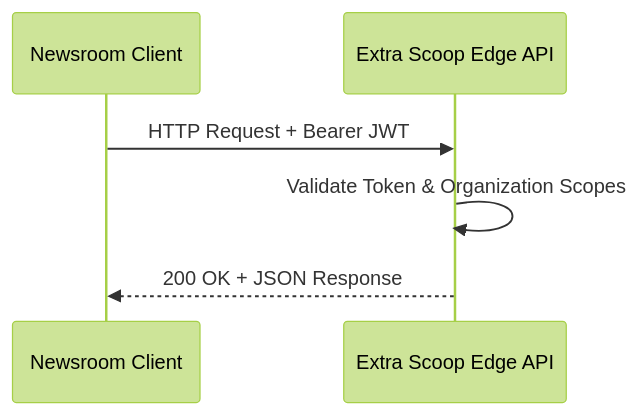
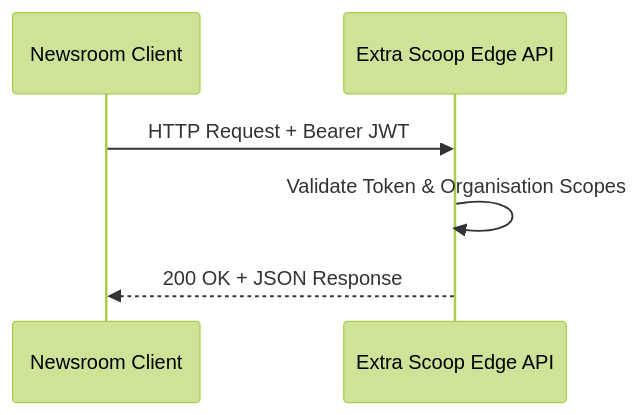
The diagram in developer/api-authentication.mdx (NewsCompass/docs), drawn with Mermaid (forest theme) before and after one commit. The commit also changed 11 other files, not shown here.

````diff
--- a/developer/api-authentication.mdx
+++ b/developer/api-authentication.mdx
@@ -8,8 +8,8 @@
 ```mermaid
 sequenceDiagram
     participant Client as Newsroom Client
     participant API as Extra Scoop Edge API
     Client->>API: HTTP Request + Bearer JWT
-    API->>API: Validate Token & Organization Scopes
+    API->>API: Validate Token & Organisation Scopes
     API-->>Client: 200 OK + JSON Response
 ```
````
